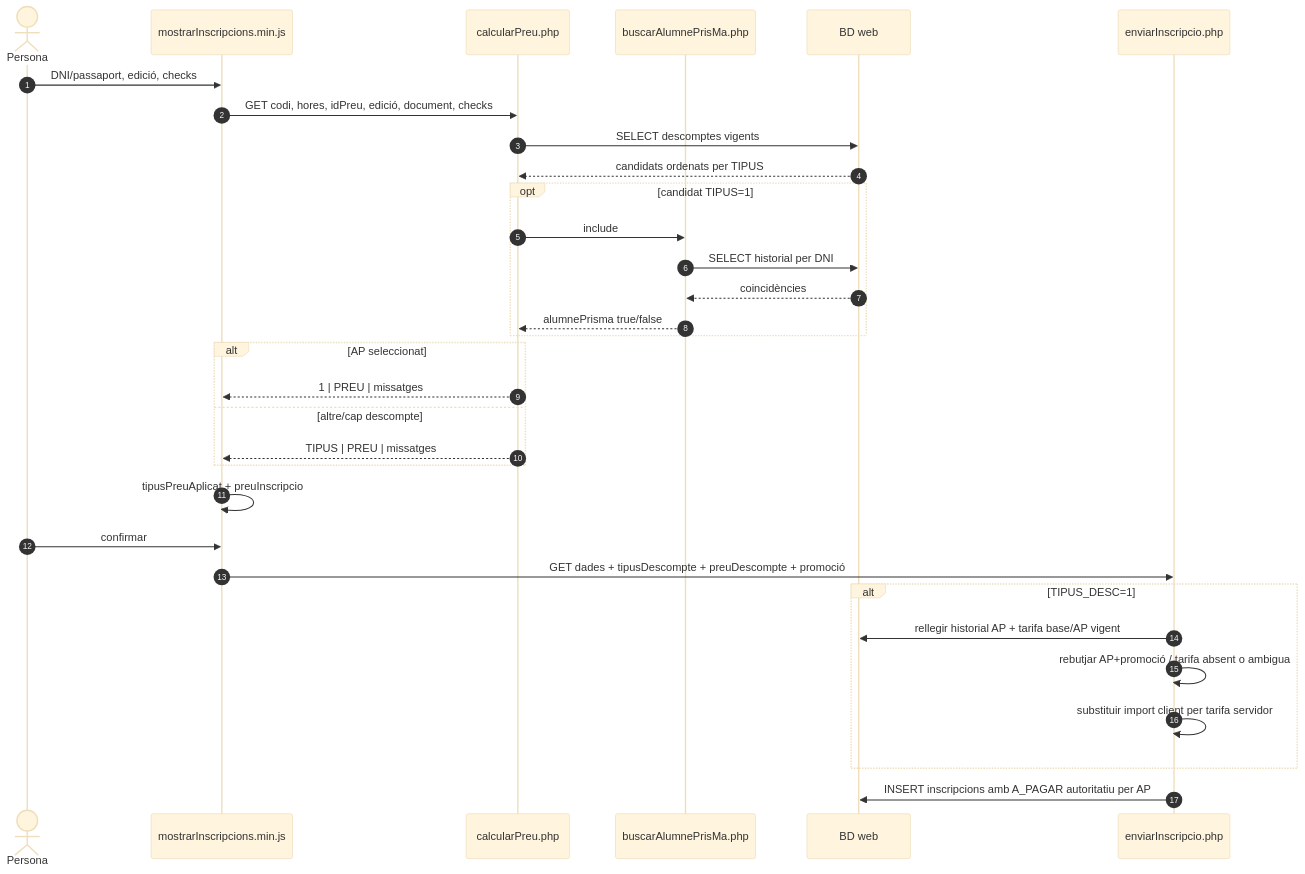
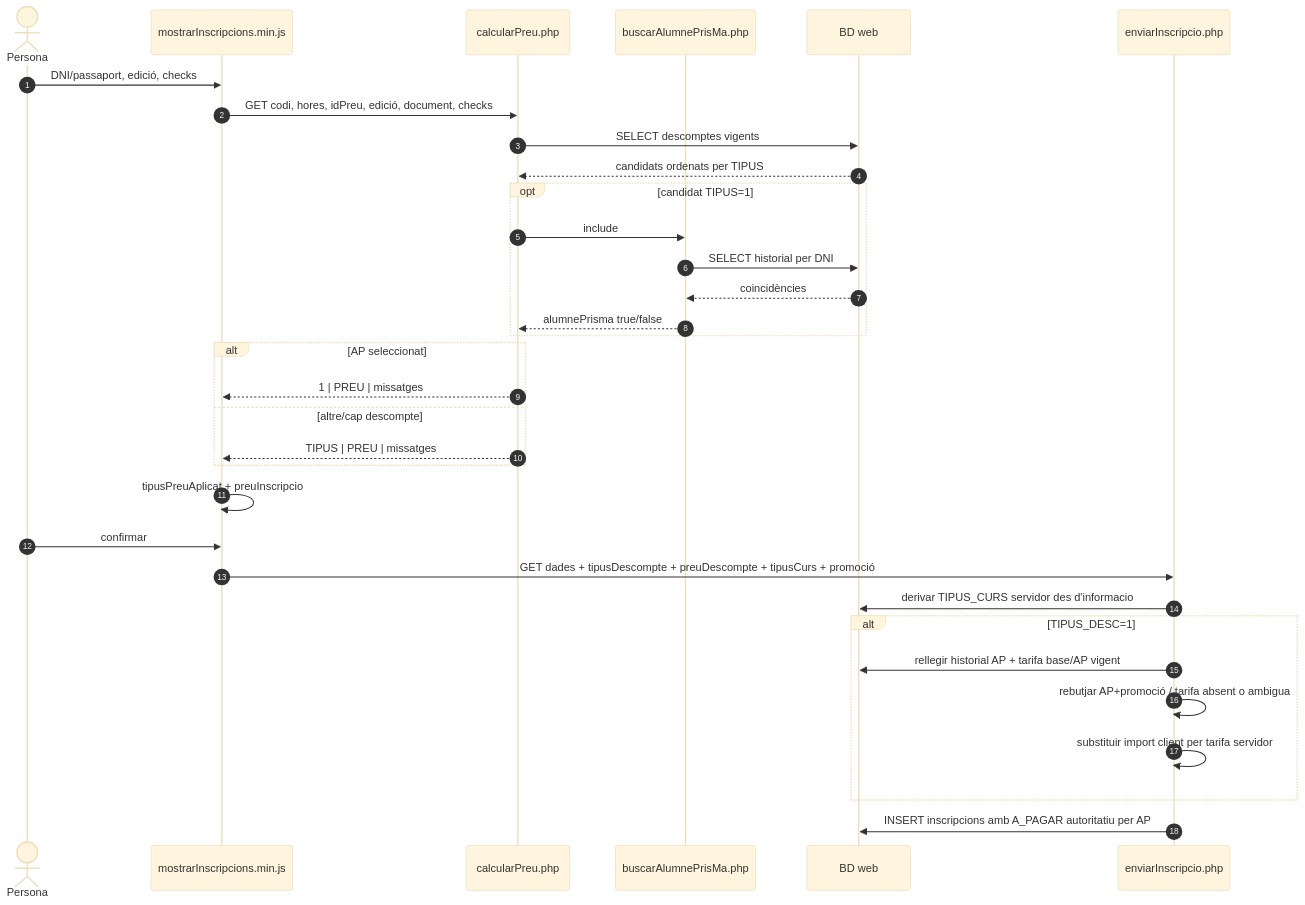
The sixth of 13 diagrams in documentacio/07-uml-integrat/uc-020-aplicar-alumne-prisma.md (orgmeriemprismacat-del/verifactu), drawn with Mermaid (base theme) before and after one commit. The commit also changed other lines of this file, not shown here.

Commit message:
docs(UC-020): update integrated UML for course-type authority

````diff
--- a/documentacio/07-uml-integrat/uc-020-aplicar-alumne-prisma.md
+++ b/documentacio/07-uml-integrat/uc-020-aplicar-alumne-prisma.md
@@ -332,38 +332,39 @@
 ```mermaid
 sequenceDiagram
     autonumber
     actor P as Persona
     participant JS as mostrarInscripcions.min.js
     participant CP as calcularPreu.php
     participant AP as buscarAlumnePrisMa.php
     participant DB as BD web
     participant EI as enviarInscripcio.php
 
     P->>JS: DNI/passaport, edició, checks
     JS->>CP: GET codi, hores, idPreu, edició, document, checks
     CP->>DB: SELECT descomptes vigents
     DB-->>CP: candidats ordenats per TIPUS
 
     opt candidat TIPUS=1
         CP->>AP: include
         AP->>DB: SELECT historial per DNI
         DB-->>AP: coincidències
         AP-->>CP: alumnePrisma true/false
     end
 
     alt AP seleccionat
         CP-->>JS: 1 | PREU | missatges
     else altre/cap descompte
         CP-->>JS: TIPUS | PREU | missatges
     end
 
     JS->>JS: tipusPreuAplicat + preuInscripcio
     P->>JS: confirmar
-    JS->>EI: GET dades + tipusDescompte + preuDescompte + promoció
+    JS->>EI: GET dades + tipusDescompte + preuDescompte + tipusCurs + promoció
+    EI->>DB: derivar TIPUS_CURS servidor des d'informacio
     alt TIPUS_DESC=1
         EI->>DB: rellegir historial AP + tarifa base/AP vigent
         EI->>EI: rebutjar AP+promoció / tarifa absent o ambigua
         EI->>EI: substituir import client per tarifa servidor
     end
     EI->>DB: INSERT inscripcions amb A_PAGAR autoritatiu per AP
 ```
````
